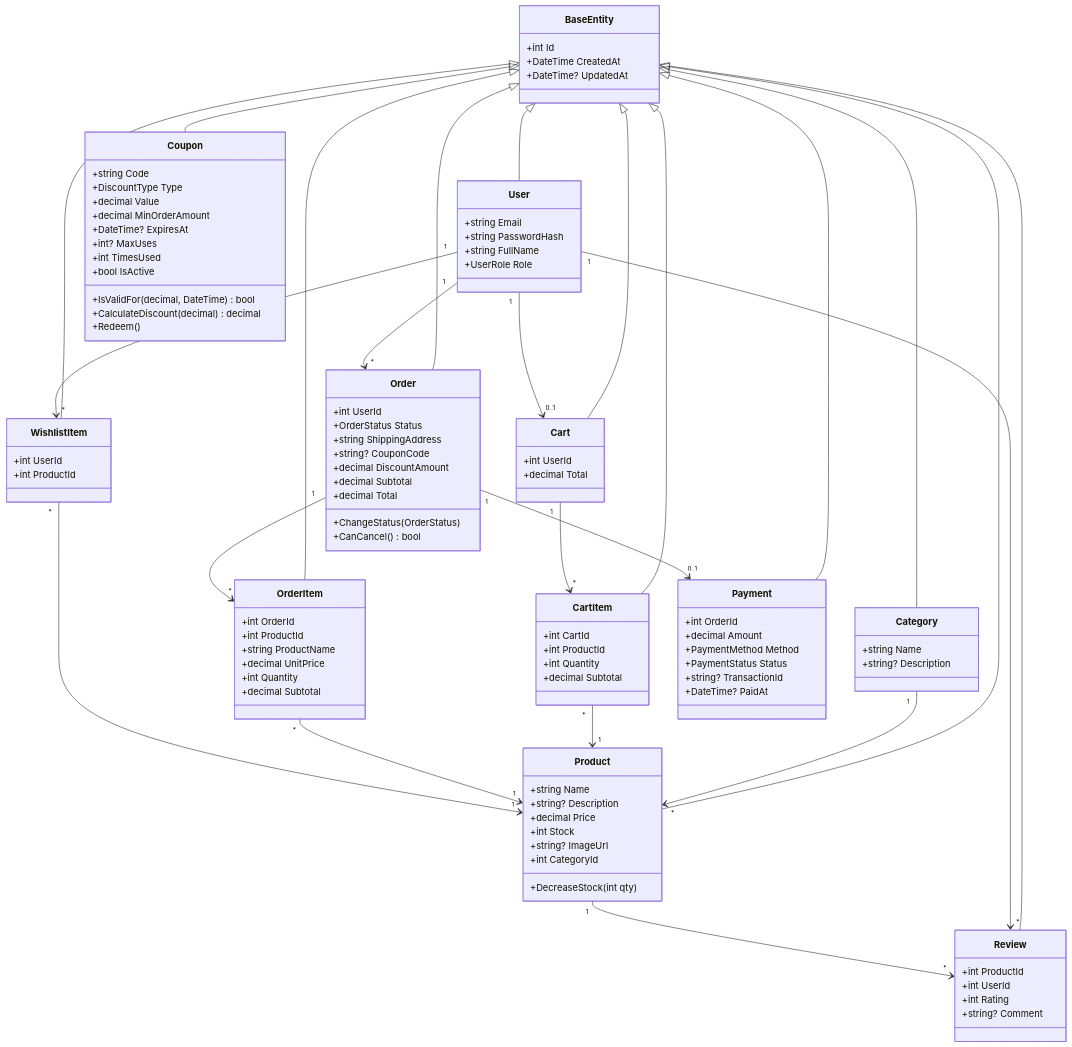
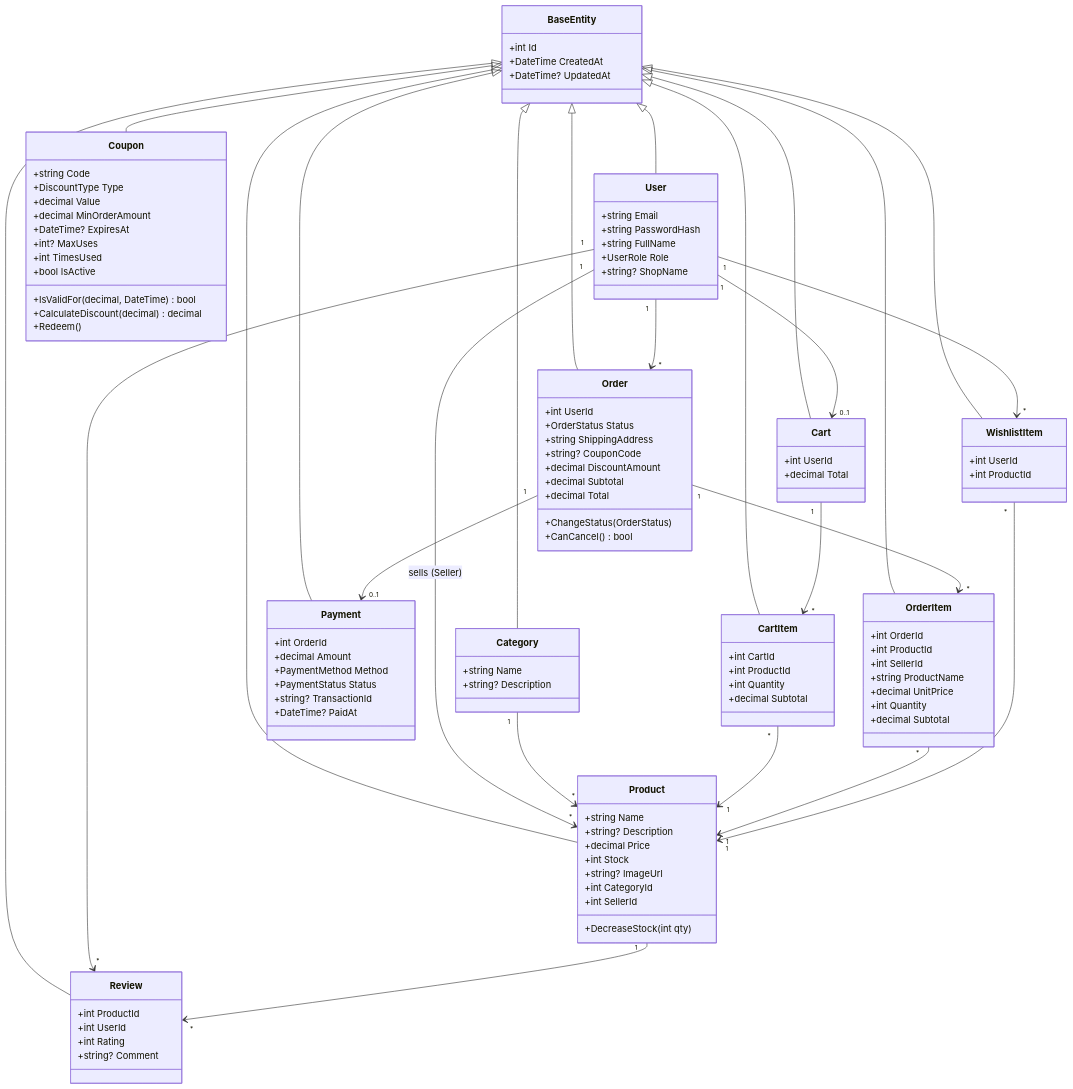
Before and after one commit to nhuy2005-alexandors/Marketplace: the first of 2 diagrams in docs/class-erd.md, drawn with Mermaid. The commit also changed other lines of this file and 41 other files, not shown here.

```diff
--- a/docs/class-erd.md
+++ b/docs/class-erd.md
@@ -15,6 +15,7 @@
         +string PasswordHash
         +string FullName
         +UserRole Role
+        +string? ShopName
     }
 
     class Category {
@@ -29,6 +30,7 @@
         +int Stock
         +string? ImageUrl
         +int CategoryId
+        +int SellerId
         +DecreaseStock(int qty)
     }
 
@@ -59,6 +61,7 @@
     class OrderItem {
         +int OrderId
         +int ProductId
+        +int SellerId
         +string ProductName
         +decimal UnitPrice
         +int Quantity
@@ -119,6 +122,7 @@
     User "1" --> "*" Order
     User "1" --> "*" Review
     User "1" --> "*" WishlistItem
+    User "1" --> "*" Product : sells (Seller)
     Category "1" --> "*" Product
     Cart "1" --> "*" CartItem
     CartItem "*" --> "1" Product
```
